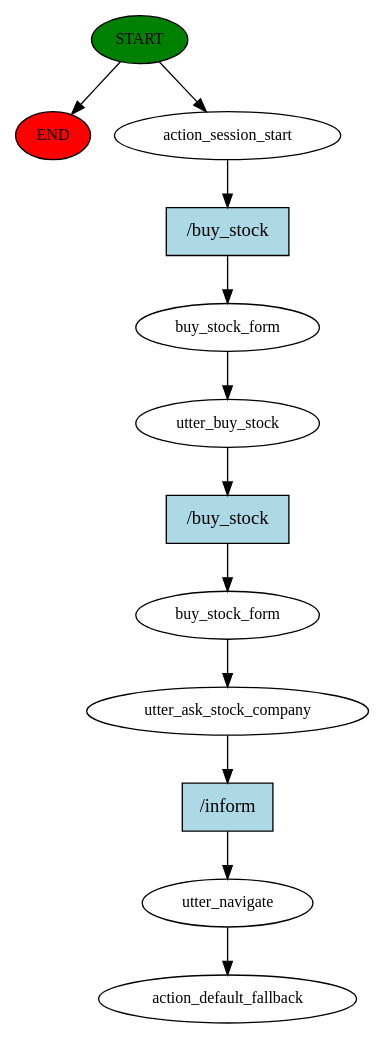
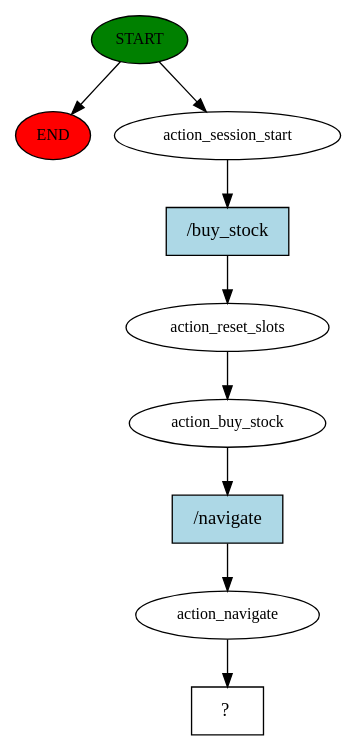
Before and after one commit to medAzizBennour/rasa: the diagram in story_graph.dot, drawn with Graphviz. The commit also changed 388 other files, not shown here.

```diff
--- a/story_graph.dot
+++ b/story_graph.dot
@@ -1,25 +1,19 @@
 digraph  {
 0 [class="start active", fillcolor=green, fontsize=12, label=START, style=filled];
 "-1" [class=end, fillcolor=red, fontsize=12, label=END, style=filled];
 1 [class=active, fontsize=12, label=action_session_start];
-2 [class=active, fontsize=12, label=buy_stock_form];
-3 [class=active, fontsize=12, label=utter_buy_stock];
-4 [class=active, fontsize=12, label=buy_stock_form];
-5 [class=active, fontsize=12, label=utter_ask_stock_company];
-6 [class=active, fontsize=12, label=utter_navigate];
-7 [class="dashed active", fontsize=12, label=action_default_fallback];
-8 [class="intent active", fillcolor=lightblue, label="/buy_stock", shape=rect, style=filled];
-9 [class="intent active", fillcolor=lightblue, label="/buy_stock", shape=rect, style=filled];
-10 [class="intent active", fillcolor=lightblue, label="/inform", shape=rect, style=filled];
+2 [class=active, fontsize=12, label=action_reset_slots];
+3 [class=active, fontsize=12, label=action_buy_stock];
+4 [class=active, fontsize=12, label=action_navigate];
+5 [class="intent dashed active", label="  ?  ", shape=rect];
+6 [class="intent active", fillcolor=lightblue, label="/buy_stock", shape=rect, style=filled];
+7 [class="intent active", fillcolor=lightblue, label="/navigate", shape=rect, style=filled];
 0 -> "-1"  [class="", key=NONE, label=""];
 0 -> 1  [class=active, key=NONE, label=""];
-1 -> 8  [class=active, key=0];
+1 -> 6  [class=active, key=0];
 2 -> 3  [class=active, key=NONE, label=""];
-3 -> 9  [class=active, key=0];
+3 -> 7  [class=active, key=0];
 4 -> 5  [class=active, key=NONE, label=""];
-5 -> 10  [class=active, key=0];
-6 -> 7  [class=active, key=NONE, label=""];
-8 -> 2  [class=active, key=0];
-9 -> 4  [class=active, key=0];
-10 -> 6  [class=active, key=0];
+6 -> 2  [class=active, key=0];
+7 -> 4  [class=active, key=0];
 }
```
